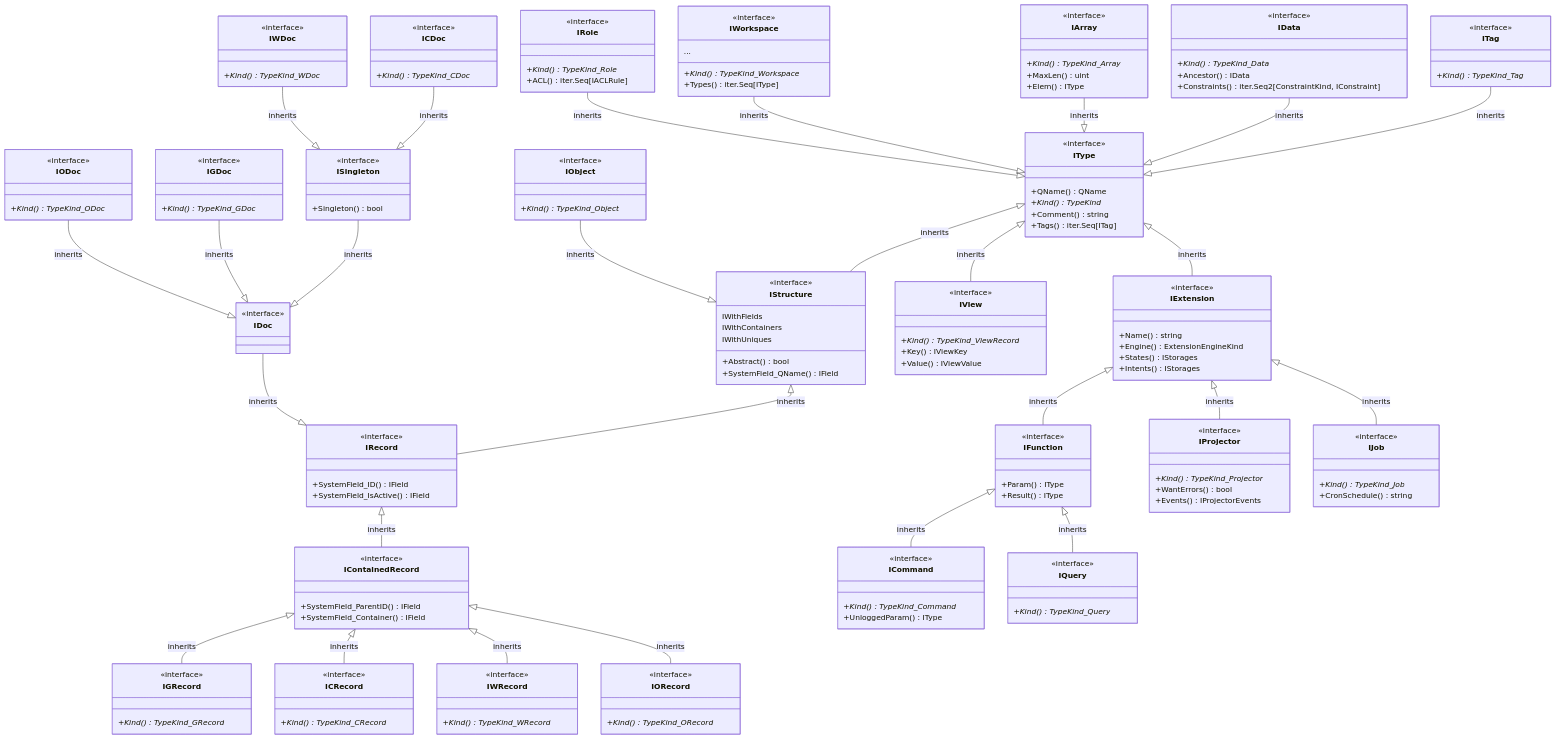
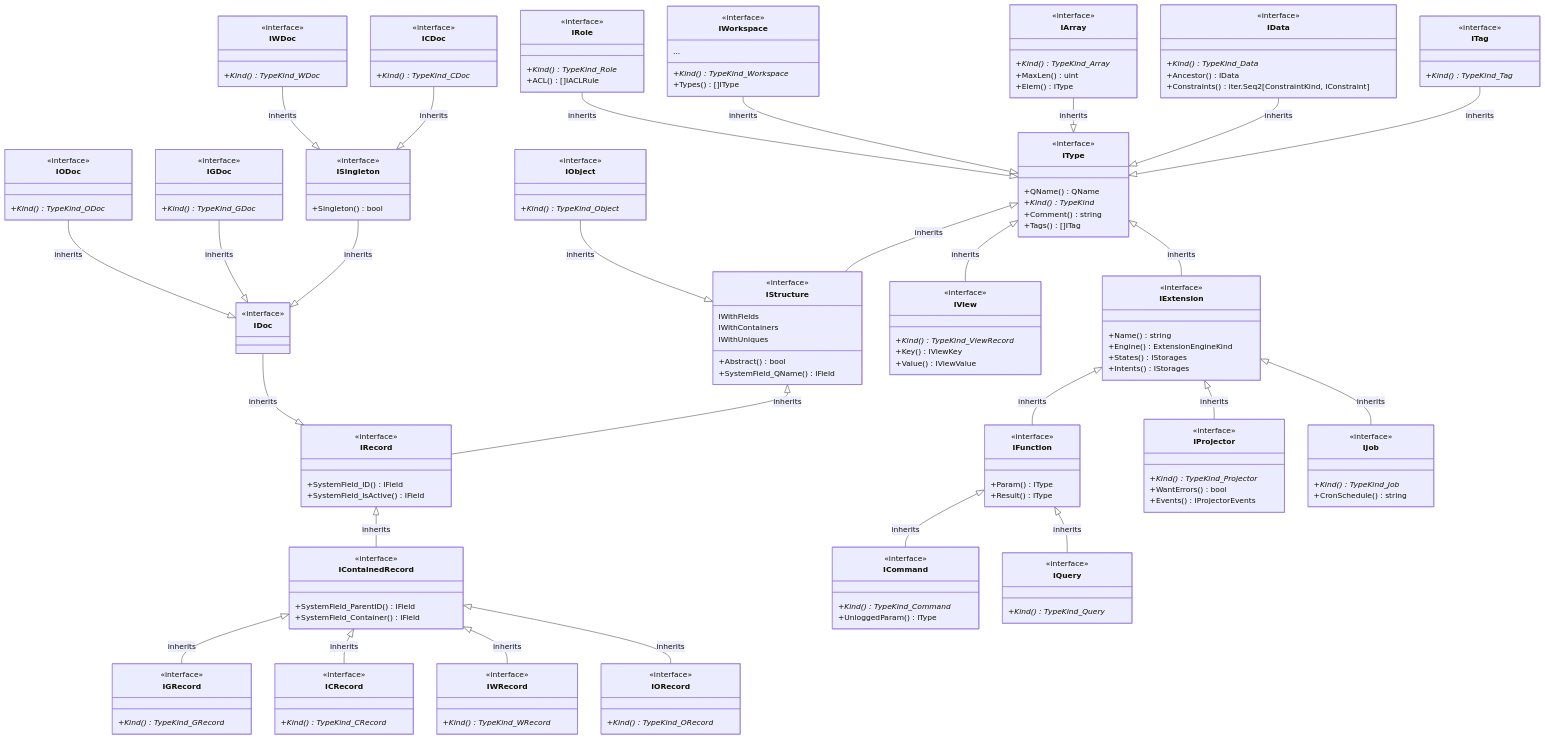
The first of 9 diagrams in pkg/appdef/README.md (voedger/voedger), drawn with Mermaid before and after one commit. The commit also changed other lines of this file and 2 other files, not shown here.

````diff
--- a/pkg/appdef/README.md
+++ b/pkg/appdef/README.md
@@ -13,7 +13,7 @@
         +QName() QName
         +Kind()* TypeKind
         +Comment() string
-        +Tags() iter.Seq[ITag]
+        +Tags() []ITag
     }
 
     ITag --|> IType : inherits
@@ -183,7 +183,7 @@
     class IWorkspace {
         <<interface>>
         +Kind()* TypeKind_Workspace
-        +Types()iter.Seq[IType]
+        +Types()[]IType
         ...
     }
 
@@ -191,6 +191,6 @@
     class IRole {
         <<interface>>
         +Kind()* TypeKind_Role
-        +ACL() iter.Seq[IACLRule]
+        +ACL() []IACLRule
     }
 ```
````
